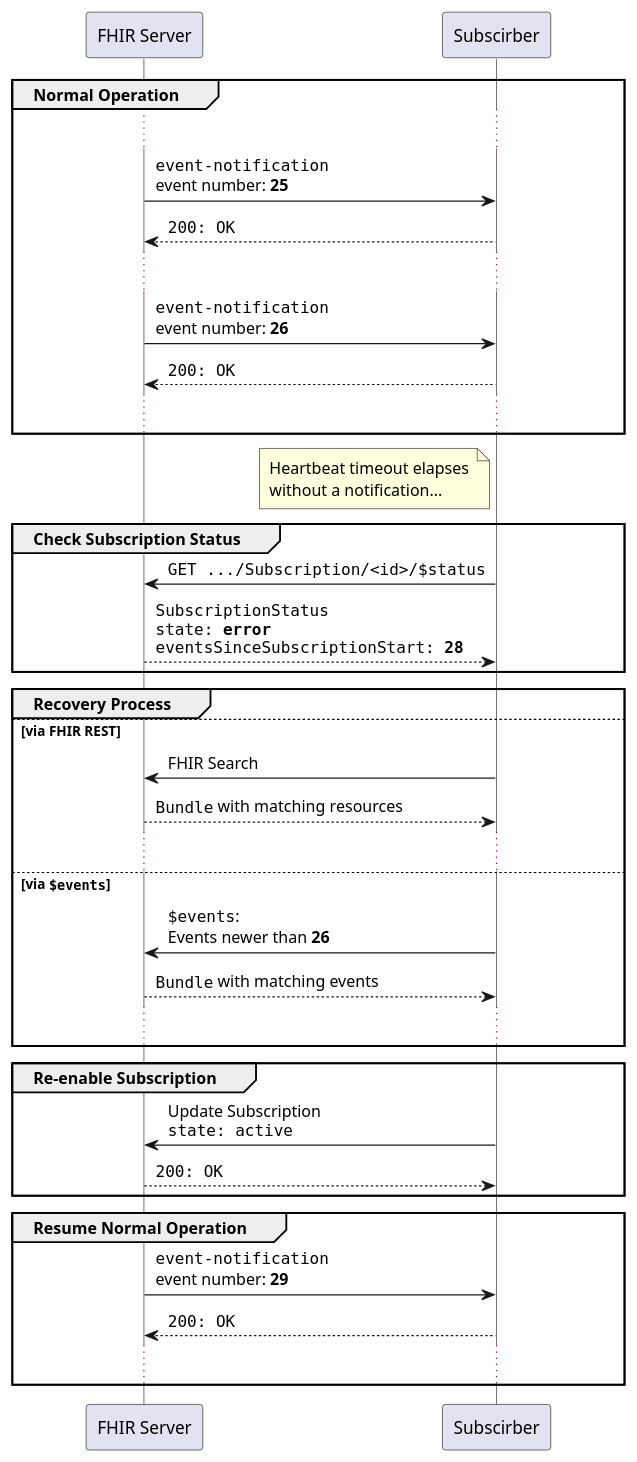
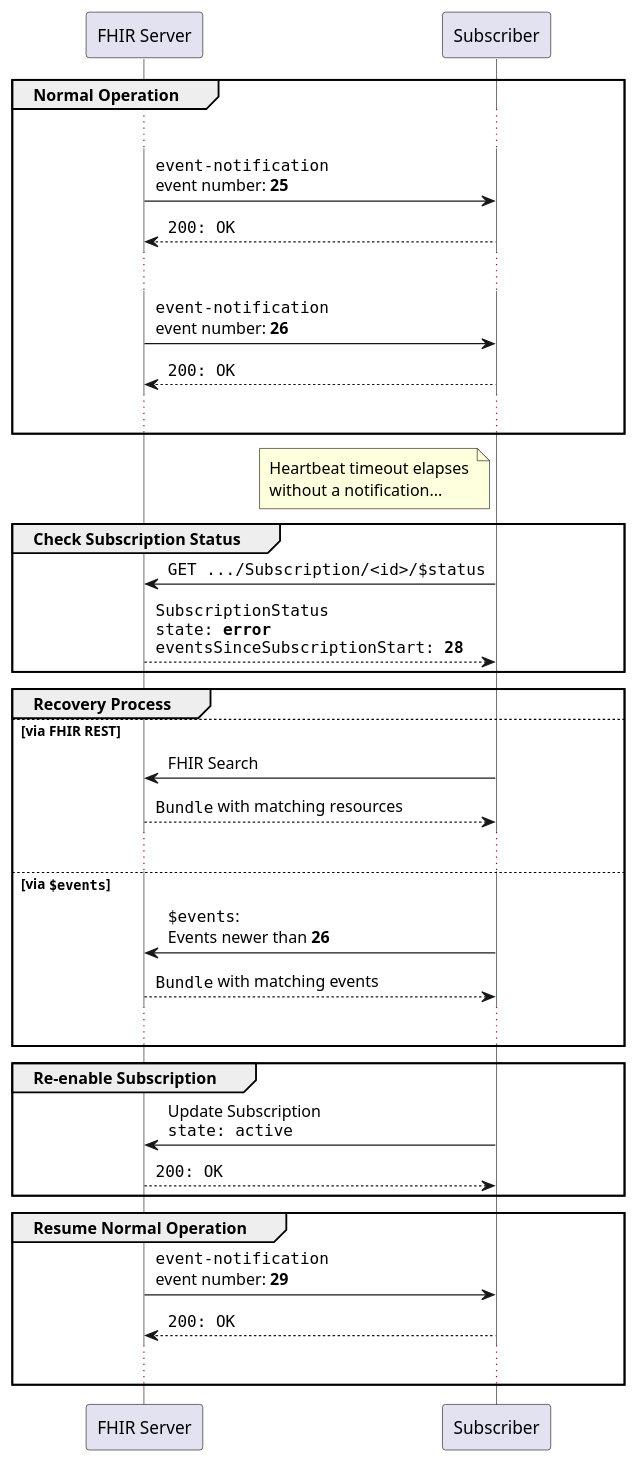
The diagram in input/images-source/error-no-communication.plantuml (HL7/fhir-subscription-backport-ig), drawn with PlantUML before and after one commit. The commit also changed 2 other files, not shown here.

```diff
--- a/input/images-source/error-no-communication.plantuml
+++ b/input/images-source/error-no-communication.plantuml
@@ -1,53 +1,53 @@
 @startuml
 skinparam NoteTextAlignment left
 skinparam Padding 2
 skinparam ParticipantPadding 50
 skinparam LifelineStrategy solid
 
 participant "FHIR Server" as S
-participant Subscirber    as C
+participant Subscriber    as C
 
 group Normal Operation
   ...
   S -> C: ""event-notification""\nevent number: **25**
   return ""200: OK""
   ...
   S -> C: ""event-notification""\nevent number: **26**
   return ""200: OK""
   ...
 end
 
 note left of C
   Heartbeat timeout elapses
   without a notification...
 end note
 
 group Check Subscription Status
   C -> S: ""GET .../Subscription/<id>/$status""
   return ""SubscriptionStatus""\n""state: **error**""\n""eventsSinceSubscriptionStart: **28**""
 end
 
 group Recovery Process
 else via FHIR REST
   C -> S: FHIR Search
   return ""Bundle"" with matching resources
   ...
 else via ""$events""
   C -> S: ""$events"":\nEvents newer than **26**
   return ""Bundle"" with matching events
   ...
 
 end
 
 group Re-enable Subscription
   C -> S:Update Subscription\n""state: active""
   return ""200: OK""
 end
 
 group Resume Normal Operation
   S -> C: ""event-notification""\nevent number: **29**
   return ""200: OK""
   ...
 end
 
 @enduml
```
